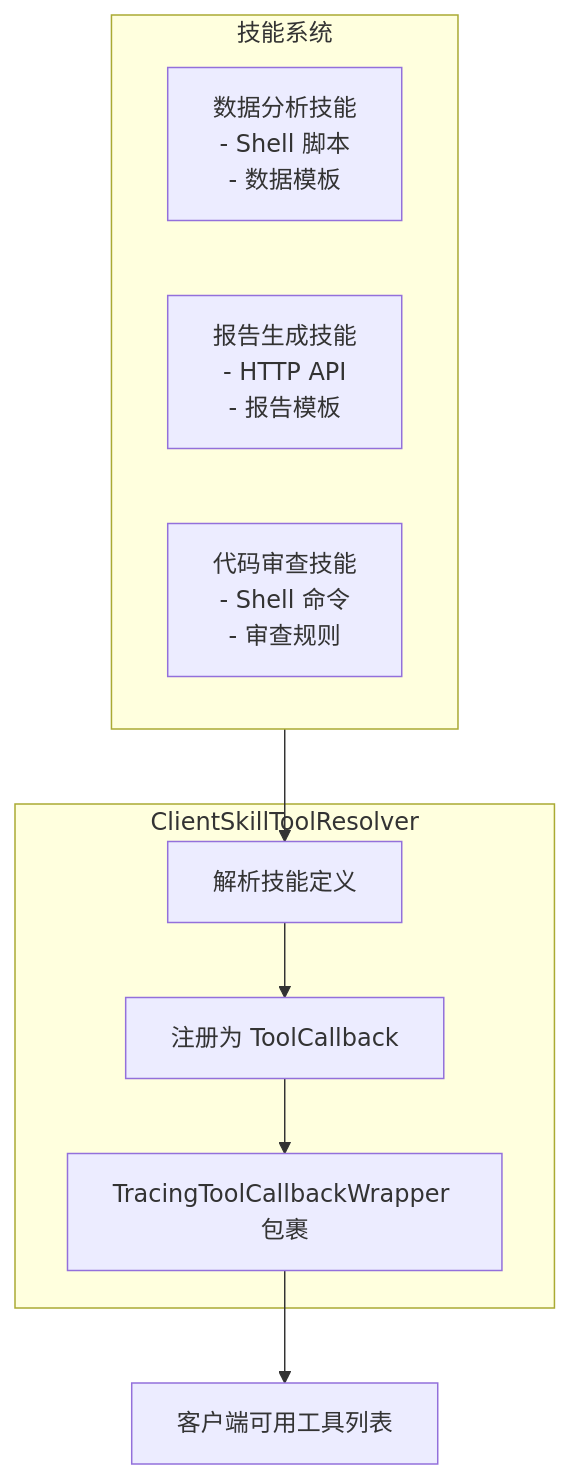
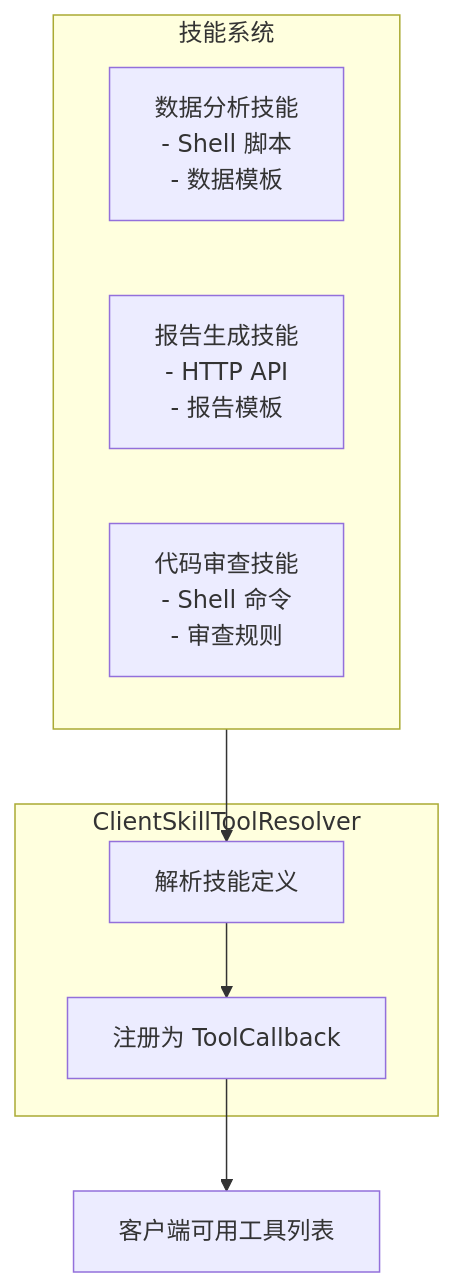
The third of 5 diagrams in docs/guide/client/tools.md (aizuda/snail-ai), drawn with Mermaid before and after one commit. The commit also changed other lines of this file and 41 other files, not shown here.

````diff
--- a/docs/guide/client/tools.md
+++ b/docs/guide/client/tools.md
@@ -165,17 +165,15 @@
 ```mermaid
 graph TB
     subgraph SkillSystem["技能系统"]
         Skill1["数据分析技能<br/>- Shell 脚本<br/>- 数据模板"]
         Skill2["报告生成技能<br/>- HTTP API<br/>- 报告模板"]
         Skill3["代码审查技能<br/>- Shell 命令<br/>- 审查规则"]
     end
 
     subgraph Resolver["ClientSkillToolResolver"]
         Parse["解析技能定义"]
         Register["注册为 ToolCallback"]
-        Wrap["TracingToolCallbackWrapper 包裹"]
     end
 
-    SkillSystem --> Parse --> Register --> Wrap
-    Wrap --> Available["客户端可用工具列表"]
+    SkillSystem --> Parse --> Register --> Available["客户端可用工具列表"]
 ```
````
